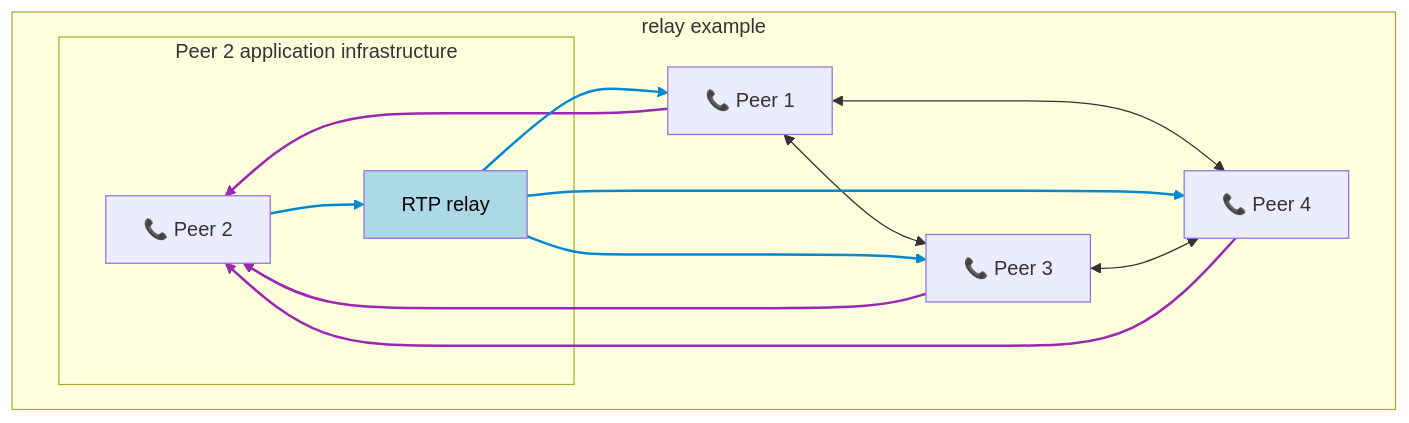
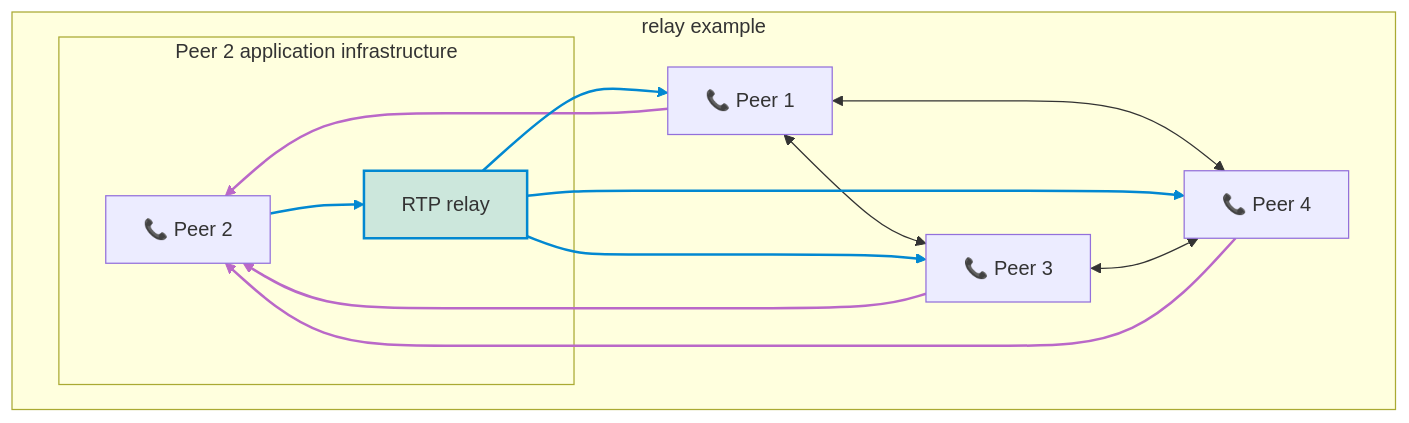
One commit to esl/MongooseIM changed the second of 6 diagrams in doc/tutorials/jingle.md. Above: the diagram before and after it, drawn with Mermaid. The commit also changed other lines of this file and 1 other file, not shown here.

Commit message:
Fix dark-theme mermaid diagrams

````diff
--- a/doc/tutorials/jingle.md
+++ b/doc/tutorials/jingle.md
@@ -82,25 +82,25 @@
 ```mermaid
 flowchart TB
   subgraph relay["relay example"]
     p1["📞 Peer 1"]
     subgraph p2i["Peer 2 application infrastructure"]
       p2["📞 Peer 2"]
       r1["RTP relay"]
     end
     p3["📞 Peer 3"]
     p4["📞 Peer 4"]
     p1 --> p2
     p1 <--> p3
     p1 <--> p4
     p2 --> r1
     r1 --> p1
     r1 --> p3
     r1 --> p4
     p3 --> p2
     p3 <--> p4
     p4 --> p2
   end
-  style r1 fill:#add8e6,color:#000
+  style r1 fill:#0288d133,stroke:#0288d1,stroke-width:2px
   linkStyle 3,4,5,6 stroke:#0288d1,stroke-width:2px
-  linkStyle 0,7,9 stroke:#9c27b0,stroke-width:2px
+  linkStyle 0,7,9 stroke:#ba68c8,stroke-width:2px
 ```
````
